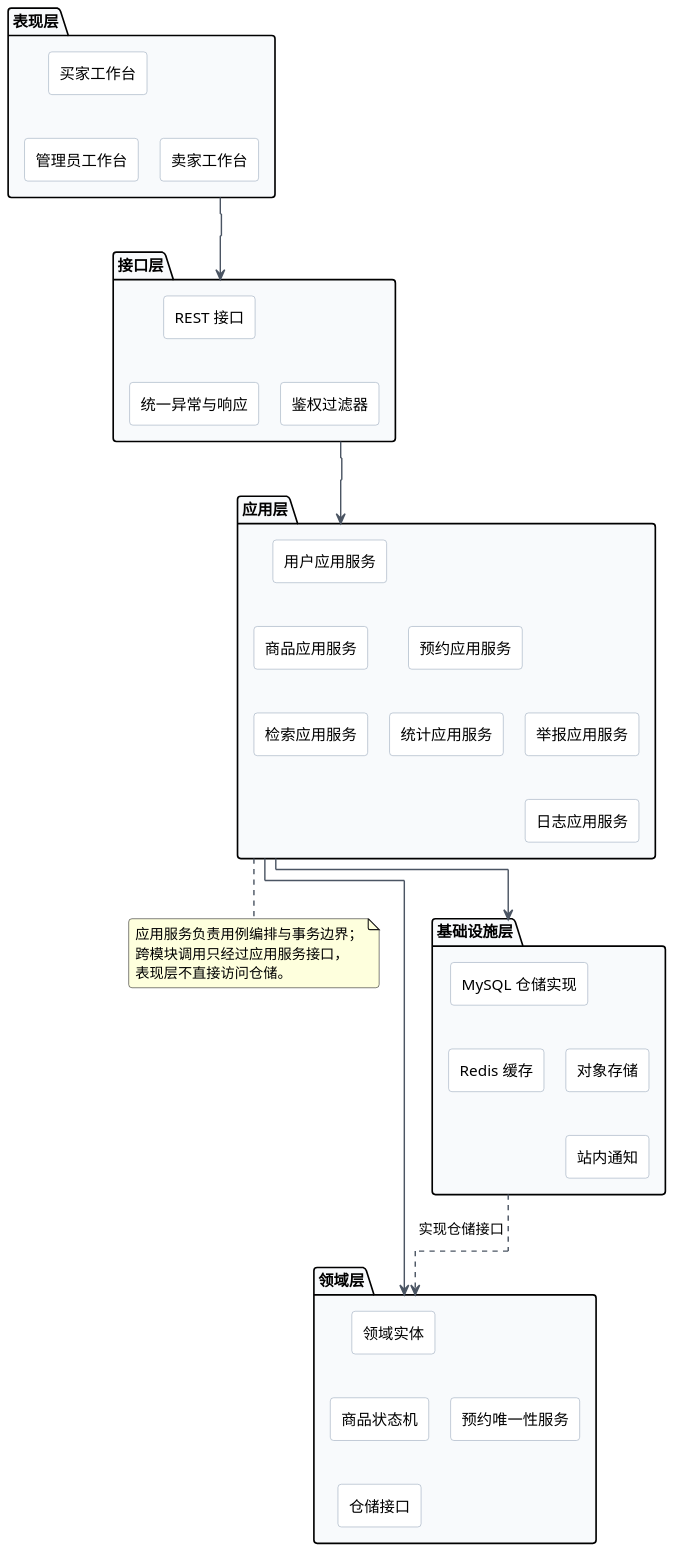
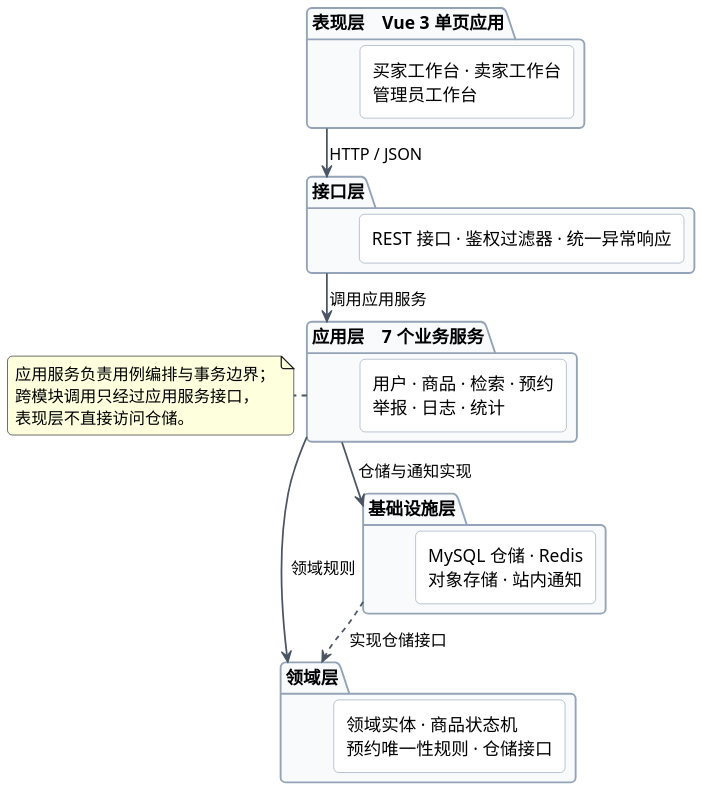
Before and after one commit to LavaBlock666/SElab2: the diagram in UML/01-包图.puml, drawn with PlantUML. The commit also changed 1 other file, not shown here.

Commit message:
人工修改：包图精简为层间依赖与模块清单，提升可读性

```diff
--- a/UML/01-包图.puml
+++ b/UML/01-包图.puml
@@ -1,64 +1,48 @@
 @startuml
-!pragma layout elk
+!pragma layout smetana
 skinparam defaultFontName "Microsoft YaHei"
-skinparam dpi 140
+skinparam dpi 160
 skinparam shadowing false
-skinparam roundcorner 6
+skinparam roundcorner 8
 skinparam backgroundColor #FFFFFF
 skinparam ArrowColor #4B5563
-skinparam ArrowThickness 1.3
+skinparam ArrowThickness 1.4
 skinparam packageBorderColor #94A3B8
 skinparam packageBackgroundColor #F8FAFC
 skinparam componentBorderColor #94A3B8
 skinparam componentBackgroundColor #FFFFFF
 skinparam componentStyle rectangle
 top to bottom direction
 
-package "表现层" as PL {
-  [买家工作台]
-  [卖家工作台]
-  [管理员工作台]
+package "表现层　Vue 3 单页应用" as PL {
+  [买家工作台 · 卖家工作台\n管理员工作台]
 }
 
 package "接口层" as API {
-  [REST 接口]
-  [鉴权过滤器]
-  [统一异常与响应]
+  [REST 接口 · 鉴权过滤器 · 统一异常响应]
 }
 
-package "应用层" as APP {
-  [用户应用服务]
-  [商品应用服务]
-  [检索应用服务]
-  [预约应用服务]
-  [举报应用服务]
-  [日志应用服务]
-  [统计应用服务]
+package "应用层　7 个业务服务" as APP {
+  [用户 · 商品 · 检索 · 预约\n举报 · 日志 · 统计]
 }
 
 package "领域层" as DOM {
-  [领域实体]
-  [预约唯一性服务]
-  [商品状态机]
-  [仓储接口]
+  [领域实体 · 商品状态机\n预约唯一性规则 · 仓储接口]
 }
 
 package "基础设施层" as INF {
-  [MySQL 仓储实现]
-  [Redis 缓存]
-  [对象存储]
-  [站内通知]
+  [MySQL 仓储 · Redis\n对象存储 · 站内通知]
 }
 
-PL --> API
-API --> APP
-APP --> DOM
-APP --> INF
+PL --> API : HTTP / JSON
+API --> APP : 调用应用服务
+APP --> DOM : 领域规则
+APP --> INF : 仓储与通知实现
 INF ..> DOM : 实现仓储接口
 
 note right of APP
   应用服务负责用例编排与事务边界；
   跨模块调用只经过应用服务接口，
   表现层不直接访问仓储。
 end note
 @enduml
```
